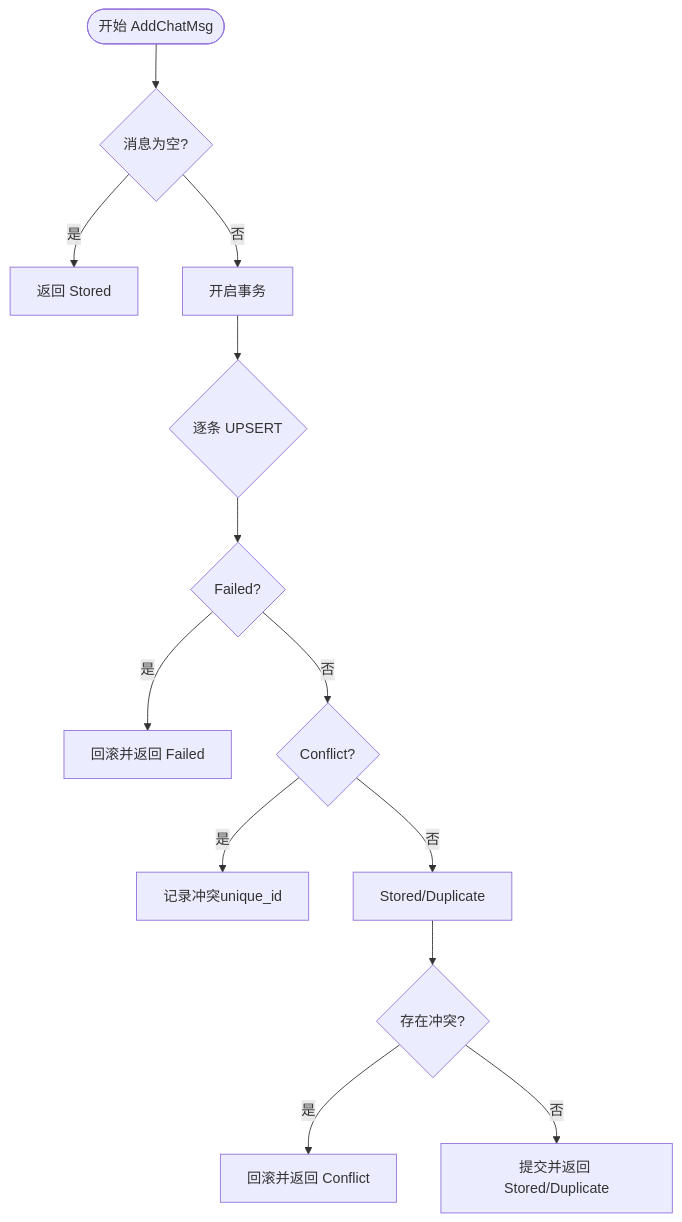
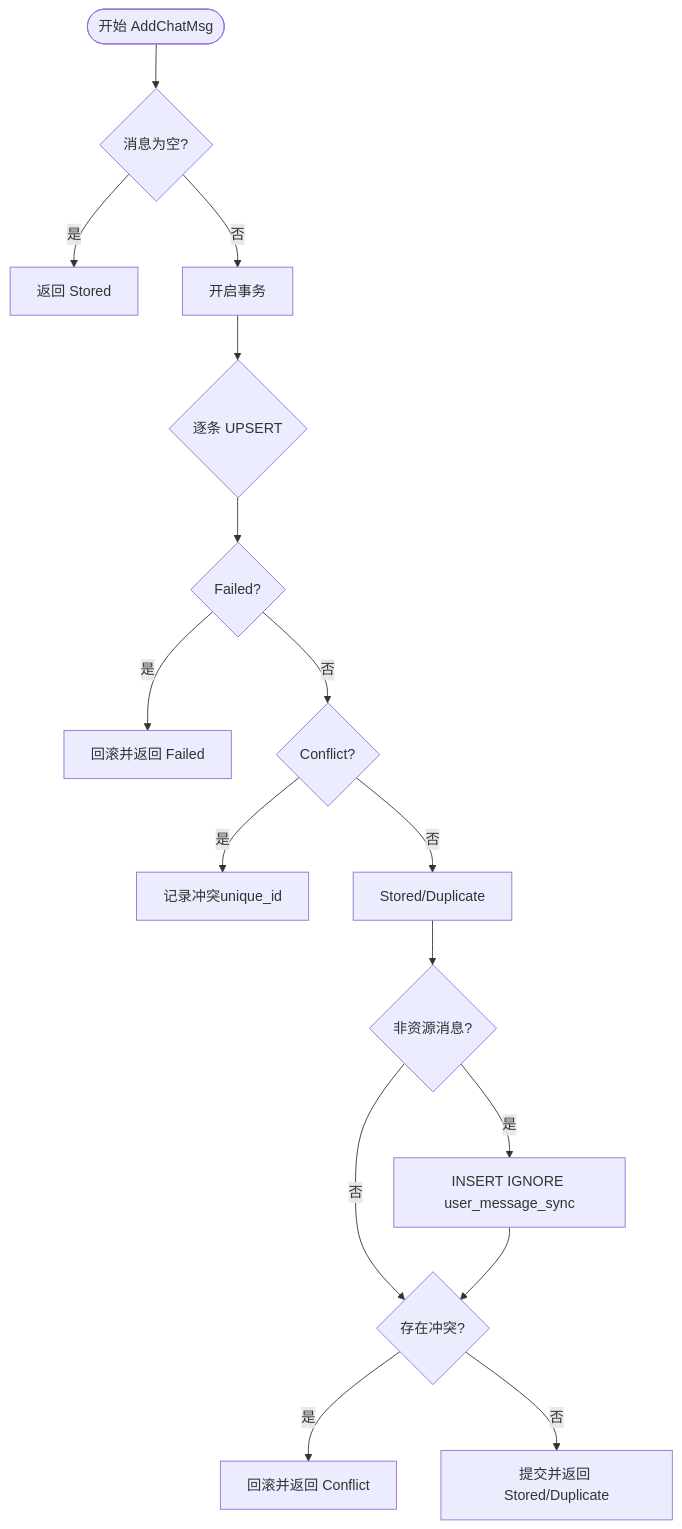
Before and after one commit to echo9923/mychatter: the third of 11 diagrams in .qoder/repowiki/zh/content/核心功能模块/聊天消息系统/离线消息投递系统.md, drawn with Mermaid. The commit also changed other lines of this file and 132 other files, not shown here.

````diff
--- a/.qoder/repowiki/zh/content/核心功能模块/聊天消息系统/离线消息投递系统.md
+++ b/.qoder/repowiki/zh/content/核心功能模块/聊天消息系统/离线消息投递系统.md
@@ -199,15 +198,18 @@
 ```mermaid
 flowchart TD
 Start(["开始 AddChatMsg"]) --> CheckEmpty{"消息为空?"}
 CheckEmpty --> |是| ReturnOK["返回 Stored"]
 CheckEmpty --> |否| BeginTx["开启事务"]
 BeginTx --> UpsertLoop{"逐条 UPSERT"}
 UpsertLoop --> Failed{"Failed?"}
 Failed --> |是| Rollback["回滚并返回 Failed"]
 Failed --> |否| ConflictCheck{"Conflict?"}
 ConflictCheck --> |是| MarkConflict["记录冲突unique_id"]
 ConflictCheck --> |否| StoreOrDup["Stored/Duplicate"]
-StoreOrDup --> AnyConflict{"存在冲突?"}
+StoreOrDup --> InsertSync{"非资源消息?"}
+InsertSync --> |是| InsertSyncRow["INSERT IGNORE user_message_sync"]
+InsertSync --> |否| AnyConflict{"存在冲突?"}
 AnyConflict --> |是| Rollback2["回滚并返回 Conflict"]
 AnyConflict --> |否| Commit["提交并返回 Stored/Duplicate"]
+InsertSyncRow --> AnyConflict
 ```
````
